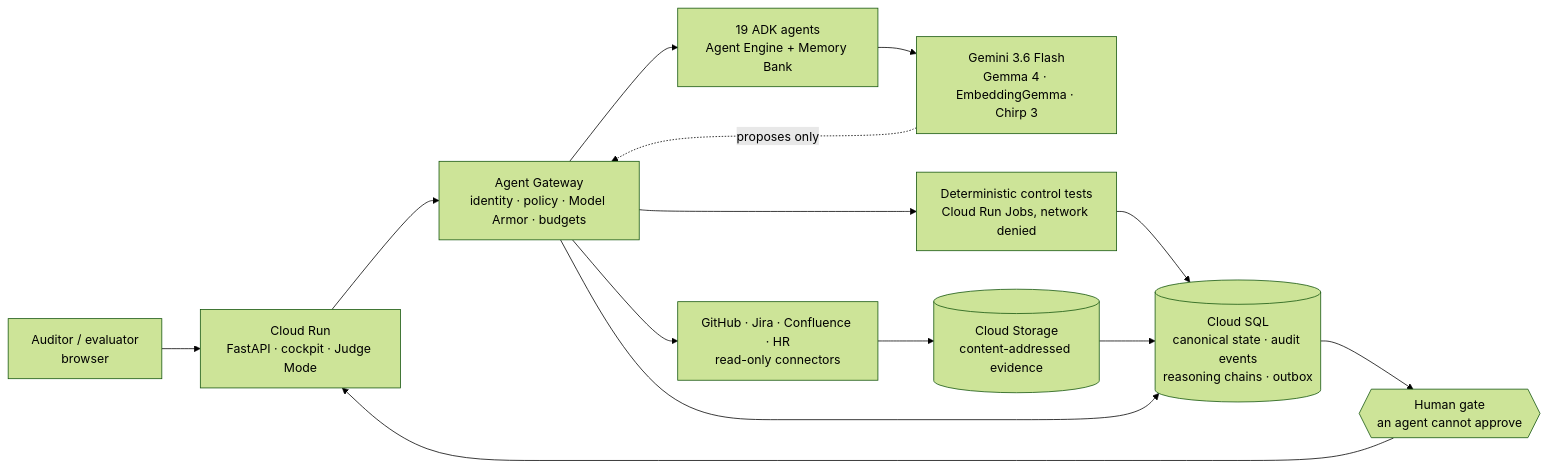
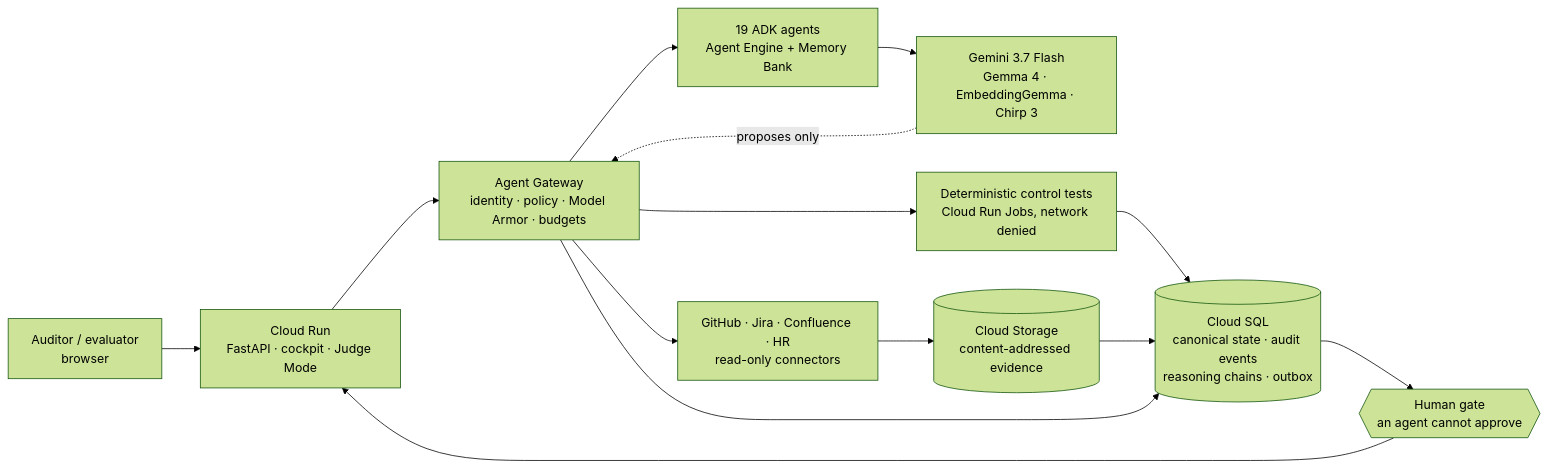
The first of 2 diagrams in README.md (Marc-Dvci/AssuranceOS), drawn with Mermaid (forest theme) before and after one commit. The commit also changed other lines of this file and 141 other files, not shown here.

````diff
--- a/README.md
+++ b/README.md
@@ -63,16 +79,16 @@
 ```mermaid
 flowchart LR
   User["Auditor / evaluator<br/>browser"] --> API["Cloud Run<br/>FastAPI · cockpit · Judge Mode"]
   API --> Gateway["Agent Gateway<br/>identity · policy · Model Armor · budgets"]
   Gateway --> Fleet["19 ADK agents<br/>Agent Engine + Memory Bank"]
-  Fleet --> Models["Gemini 3.6 Flash<br/>Gemma 4 · EmbeddingGemma · Chirp 3"]
+  Fleet --> Models["Gemini 3.7 Flash<br/>Gemma 4 · EmbeddingGemma · Chirp 3"]
   Models -.->|"proposes only"| Gateway
   Gateway --> Tests["Deterministic control tests<br/>Cloud Run Jobs, network denied"]
   Gateway --> Sources["GitHub · Jira · Confluence · HR<br/>read-only connectors"]
   Sources --> Vault[("Cloud Storage<br/>content-addressed evidence")]
   Tests --> DB
   Vault --> DB
   Gateway --> DB[("Cloud SQL<br/>canonical state · audit events<br/>reasoning chains · outbox")]
   DB --> Human{{"Human gate<br/>an agent cannot approve"}}
   Human --> API
 ```
````
